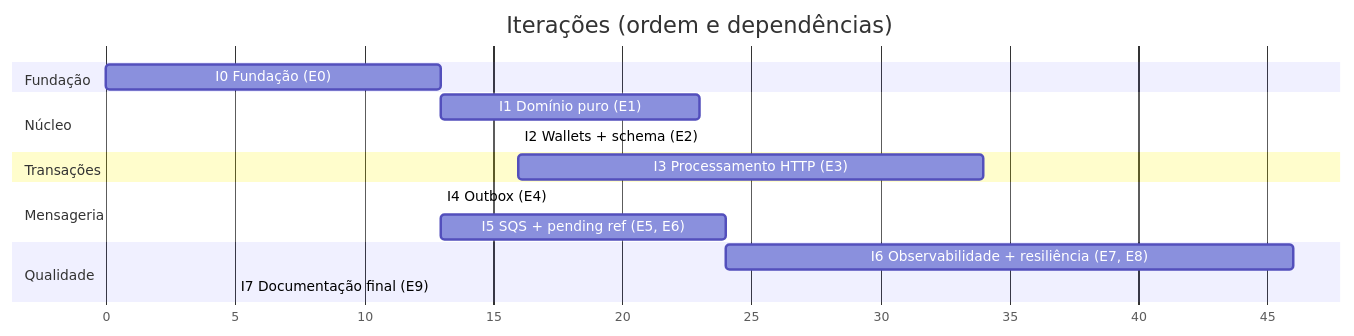
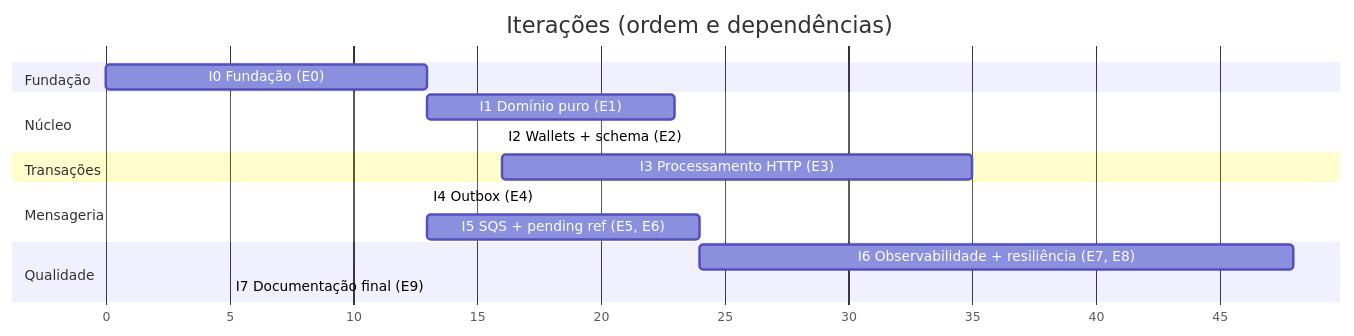
Before and after one commit to MacedoSousa/backend-challenge: the diagram in docs/02-escopo-agile.md, drawn with Mermaid. The commit also changed other lines of this file and 5 other files, not shown here.

````diff
--- a/docs/02-escopo-agile.md
+++ b/docs/02-escopo-agile.md
@@ -155,19 +157,19 @@
 ```mermaid
 gantt
     dateFormat X
     axisFormat %s
     title Iterações (ordem e dependências)
     section Fundação
     I0 Fundação (E0)                    :i0, 0, 13
     section Núcleo
     I1 Domínio puro (E1)                :i1, after i0, 23
     I2 Wallets + schema (E2)            :i2, after i1, 16
     section Transações
-    I3 Processamento HTTP (E3)          :i3, after i2, 34
+    I3 Processamento HTTP (E3)          :i3, after i2, 35
     section Mensageria
     I4 Outbox (E4)                      :i4, after i3, 13
     I5 SQS + pending ref (E5, E6)       :i5, after i4, 24
     section Qualidade
-    I6 Observabilidade + resiliência (E7, E8) :i6, after i5, 46
+    I6 Observabilidade + resiliência (E7, E8) :i6, after i5, 48
     I7 Documentação final (E9)          :i7, after i6, 5
 ```
````
